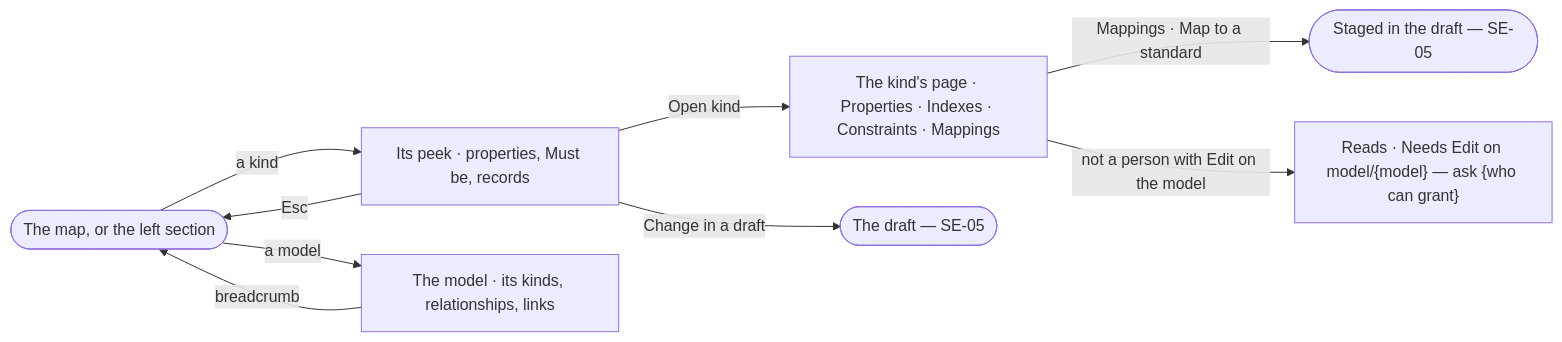
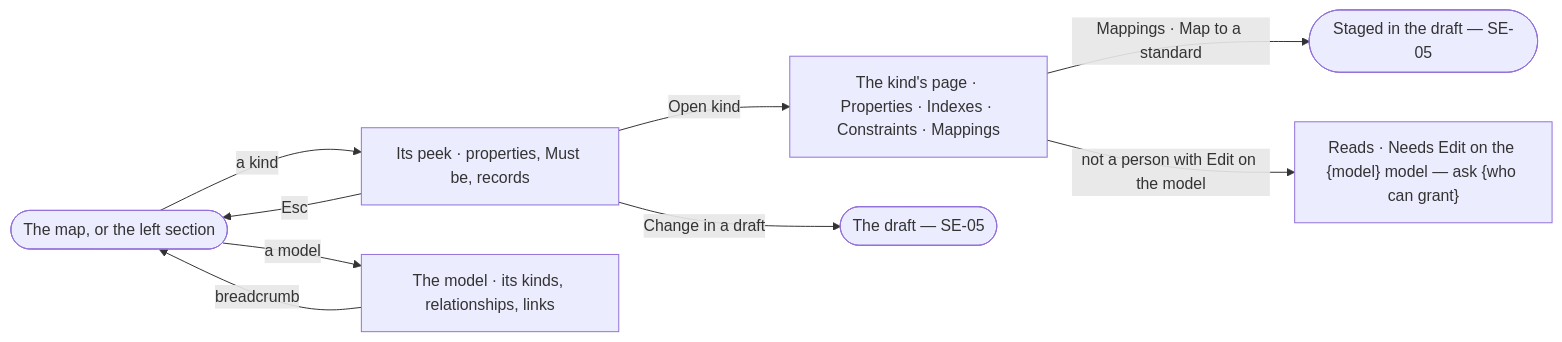
Before and after one commit to invana/invana: the diagram in specs/capabilities/semantics/features/SE-F06-links-and-mappings/stories/SE-02-open-a-model-and-a-kind/story.md, drawn with Mermaid. The commit also changed other lines of this file and 127 other files, not shown here.

````diff
--- a/specs/capabilities/semantics/features/SE-F06-links-and-mappings/stories/SE-02-open-a-model-and-a-kind/story.md
+++ b/specs/capabilities/semantics/features/SE-F06-links-and-mappings/stories/SE-02-open-a-model-and-a-kind/story.md
@@ -28,11 +28,11 @@
 ```mermaid
 flowchart LR
   a([The map, or the left section]) -->|a kind| p["Its peek · properties, Must be, records"]
   p -->|Esc| a
   p -->|Open kind| k["The kind's page · Properties · Indexes · Constraints · Mappings"]
   p -->|Change in a draft| d(["The draft — SE-05"])
   a -->|a model| m["The model · its kinds, relationships, links"]
   m -->|breadcrumb| a
   k -->|Mappings · Map to a standard| ms(["Staged in the draft — SE-05"])
-  k -->|not a person with Edit on the model| na["Reads · Needs Edit on model/{model} — ask {who can grant}"]
+  k -->|not a person with Edit on the model| na["Reads · Needs Edit on the {model} model — ask {who can grant}"]
 ```
````
